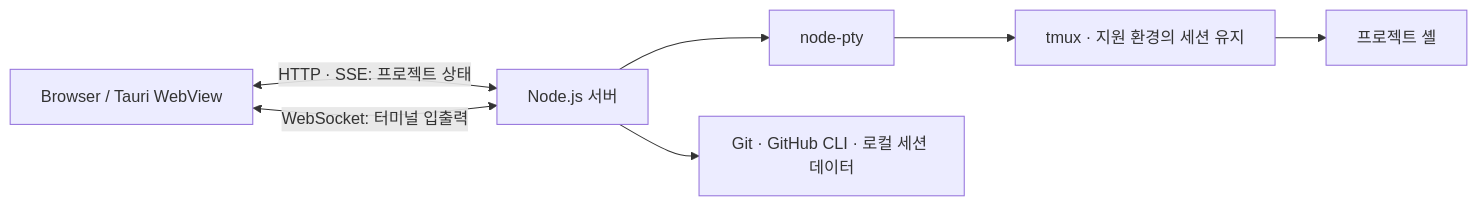
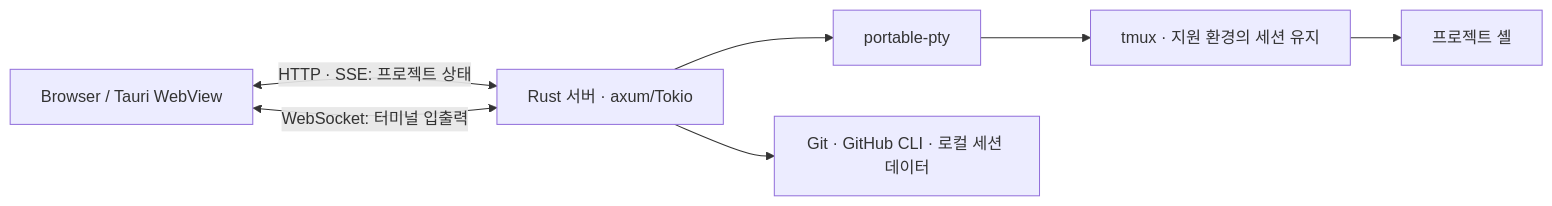
Before and after one commit to wooinwoo/agent-cockpit: the diagram in README.md, drawn with Mermaid. The commit also changed other lines of this file and 6 other files, not shown here.

````diff
--- a/README.md
+++ b/README.md
@@ -53,9 +84,9 @@
 ```mermaid
 flowchart LR
-    UI[Browser / Tauri WebView] <-->|HTTP · SSE: 프로젝트 상태| Server[Node.js 서버]
+    UI[Browser / Tauri WebView] <-->|HTTP · SSE: 프로젝트 상태| Server[Rust 서버 · axum/Tokio]
     UI <-->|WebSocket: 터미널 입출력| Server
-    Server --> PTY[node-pty]
+    Server --> PTY[portable-pty]
     PTY --> Tmux[tmux · 지원 환경의 세션 유지]
     Tmux --> Shell[프로젝트 셸]
     Server --> Tools[Git · GitHub CLI · 로컬 세션 데이터]
 ```
````
